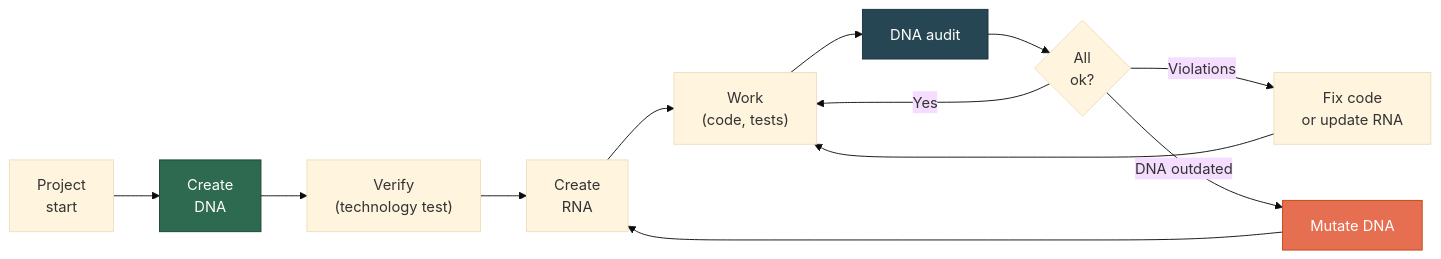
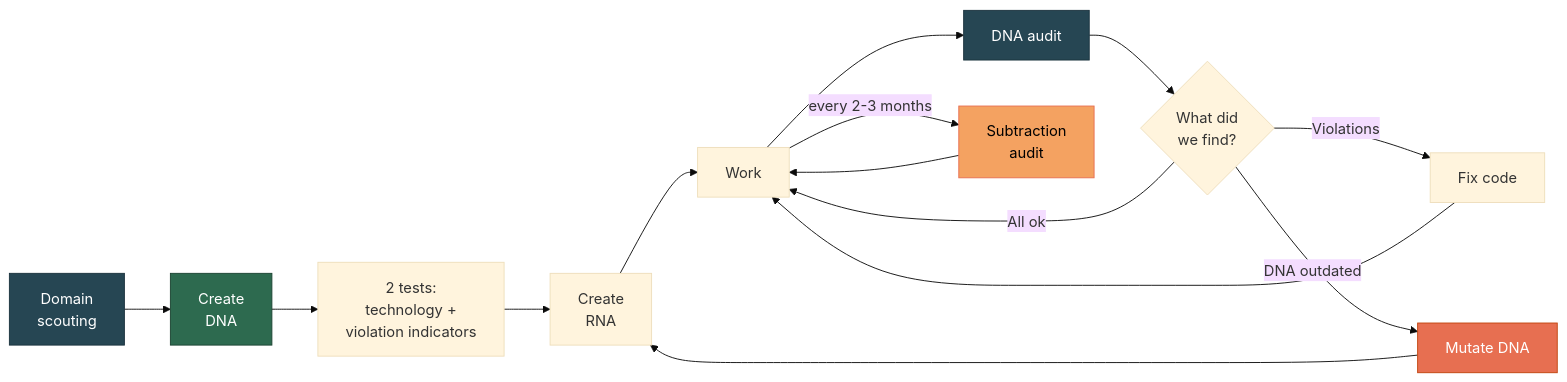
Before and after one commit to SizovOleg/project-dna: the second of 2 diagrams in docs/quickstart-en.md, drawn with Mermaid (base theme). The commit also changed other lines of this file and 9 other files, not shown here.

````diff
--- a/docs/quickstart-en.md
+++ b/docs/quickstart-en.md
@@ -142,18 +217,22 @@
 ```mermaid
 flowchart LR
-    START["Project<br/>start"] --> CREATE["Create<br/>DNA"]
-    CREATE --> CHECK_DNA["Verify<br/>(technology test)"]
-    CHECK_DNA --> RNA["Create<br/>RNA"]
-    RNA --> WORK["Work<br/>(code, tests)"]
+    SCOUT["Domain<br/>scouting"] --> CREATE["Create<br/>DNA"]
+    CREATE --> CHECK["2 tests:<br/>technology +<br/>violation indicators"]
+    CHECK --> RNA["Create<br/>RNA"]
+    RNA --> WORK["Work"]
     WORK --> AUDIT["DNA audit"]
-    AUDIT --> Q{"All<br/>ok?"}
-    Q -->|Yes| WORK
-    Q -->|Violations| FIX["Fix code<br/>or update RNA"]
-    Q -->|DNA outdated| MUTATE["Mutate DNA"]
+    AUDIT --> Q{"What did<br/>we find?"}
+    Q -->|"All ok"| WORK
+    Q -->|"Violations"| FIX["Fix code"]
+    Q -->|"DNA outdated"| MUTATE["Mutate DNA"]
     FIX --> WORK
     MUTATE --> RNA
+    WORK -->|"every 2-3 months"| SUB["Subtraction<br/>audit"]
+    SUB --> WORK
 
+    style SCOUT fill:#264653,stroke:#1a323d,color:#fff
     style CREATE fill:#2d6a4f,stroke:#1b4332,color:#fff
     style AUDIT fill:#264653,stroke:#1a323d,color:#fff
     style MUTATE fill:#e76f51,stroke:#c1440e,color:#fff
+    style SUB fill:#f4a261,stroke:#e76f51,color:#000
 ```
````
